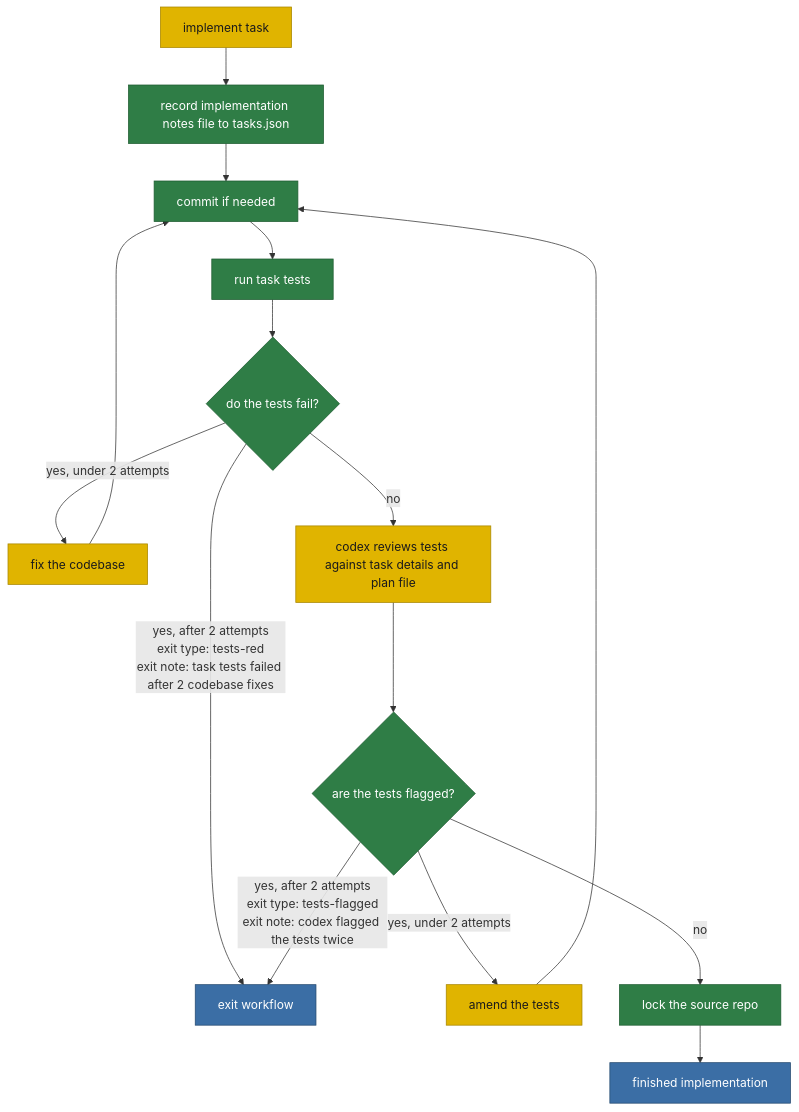
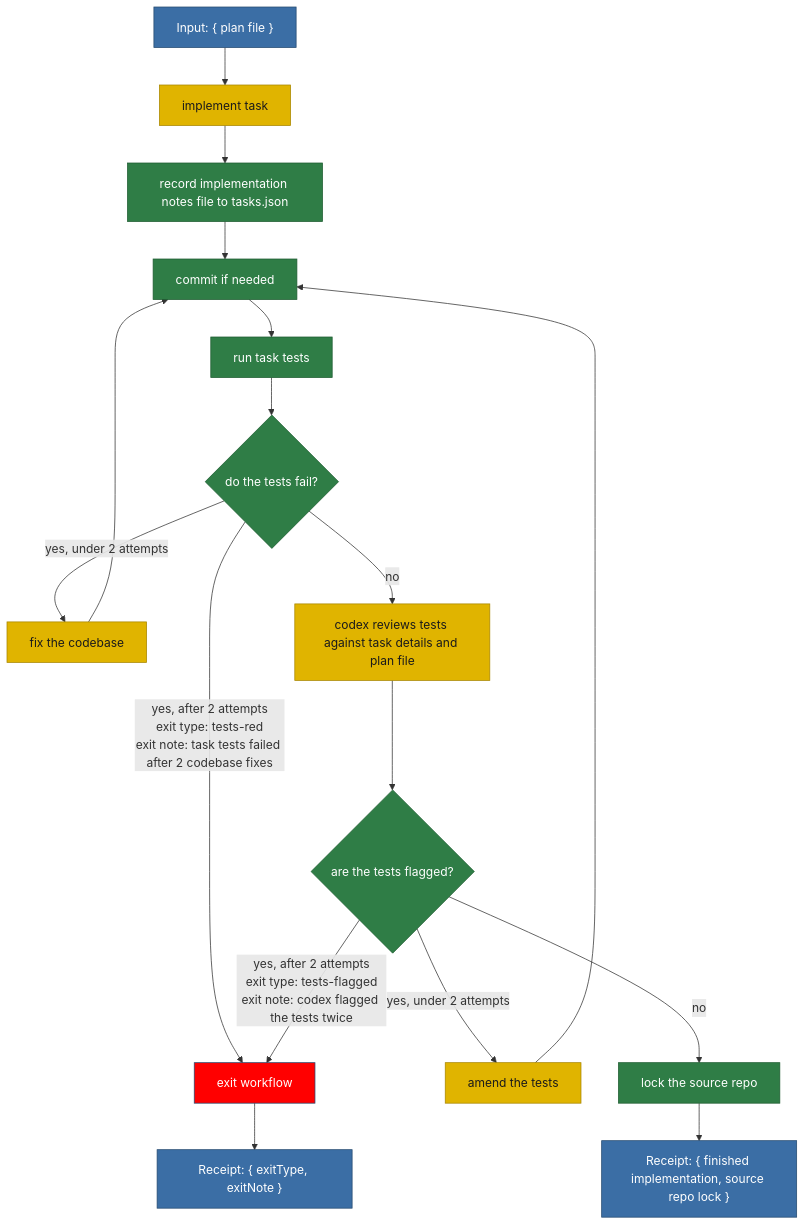
Before and after one commit to matkatmusic/taskTools: the diagram in plans/diagram/pipeline-implementTest.mmd, drawn with Mermaid. The commit also changed 7 other files, not shown here.

```diff
--- a/plans/diagram/pipeline-implementTest.mmd
+++ b/plans/diagram/pipeline-implementTest.mmd
@@ -1,77 +1,80 @@
 flowchart TB
 %% IMPLEMENT AND TEST PIPELINE. Split from pipeline.mmd.
 %% Input: the plan file from the planning pipeline.
 %% Starts at "implement task".
 %% Ends by locking the source repo and handing a finished implementation to the
 %% rebase and merge pipeline, or with an exit.
 %% Rules that apply everywhere, not steps:
 %%   1. Every git interaction goes through a script. Never prose.
 %%   2. Every read and write of tasks.json is atomic.
 %%   3. Never update a test that was not created in this task's worktree,
 %%      unless that test is broken or asserts nothing.
 %%   4. "fix the codebase" edits source, not tests.
 %%   5. Never progress past a suite run until every test passes.
 %%   6. Every test loop runs commit the work -> test the work -> repair the work.
 %%      A repair is never tested until it is committed, so each loop re-enters at
 %%      its "commit if needed" box, never at the test box.
 %%   7. "commit if needed" commits nothing when the worktree is clean. Its message
 %%      is derived, not chosen: the run's first commit is the work, and every
 %%      commit after it is a repair to code that made tests fail.
 %%   8. Every box that touches the working tree operates on every repository
 %%      layer, deepest submodule first, root last: commit and run tests both walk
 %%      the same occurrence tree. Boxes that only read or write tasks.json do not.
 %%   9. A script that fails operationally, as opposed to returning a verdict,
 %%      exits the run as run-failed. No step is retried after it has mutated
 %%      anything. The task is already active and a worktree already exists here,
 %%      so the exit workflow always runs in full.
 %%  10. "lock the source repo" holds one lock on the source repository for the
 %%      whole tail of the run, across the rebase and merge pipeline and the exit
 %%      workflow. The lock is a durable file, acquired and released by different
 %%      processes, owned by "runId:taskNumber" - NOT by runId alone, because
 %%      every task workflow in one invocation shares a runId and would otherwise
 %%      read a sibling's lock as its own. Exactly one box releases it: "clean up"
 %%      on success, "release the worktree lease and the source lock if held" on
 %%      every exit. Both live in the exit workflow.
 %%  11. A mutating box whose result is lost is never blindly retried and never
 %%      assumed failed. Each one, including a test box that records its result,
 %%      has a read-only reconciliation check that reads the world and decides
 %%      whether it already happened. A safe idempotent rerun happens only after
 %%      reconciliation proves it did not complete. Only an ambiguous loss is
 %%      run-failed.
 %% Diamond definitions where the name alone is not enough:
 %%   do the task tests pass?           - the test run alone decides this; codex
 %%                                       judges the tests, the tests judge the work
 %% Exit types this pipeline can produce:
 %%   tests-red          - task tests still failing after 2 fix attempts
 %%   tests-flagged      - codex flagged the tests twice
 %%   run-failed         - a script failed operationally
 %% run-failed is deliberately not drawn as an edge. It can leave ANY green box,
 %% so drawing it would add one edge per box and hide the flow. Rule 9 is its
 %% specification: a non-zero exit from any script goes straight to the exit
 %% workflow with exit type run-failed and the script's stderr as the note.
 %% The committed, green implementation this pipeline emits is the input to the
 %% rebase and merge pipeline.
 
+  INPUT["Input: { plan file }"] --> A
   A["implement task"] --> NOTES["record implementation notes file to tasks.json"]
   NOTES --> CW["commit if needed"]
   CW --> TT["run task tests"]
   TT --> QTF{"do the tests fail?"}
   QTF -- "yes, under 2 attempts" --> FIXT["fix the codebase"]
   FIXT --> CW
   QTF -- "yes, after 2 attempts<br/>exit type: tests-red<br/>exit note: task tests failed after 2 codebase fixes" --> EXITWF
   QTF -- no --> RT["codex reviews tests against task details and plan file"]
   RT --> QCX{"are the tests flagged?"}
   QCX -- "yes, under 2 attempts" --> AMT["amend the tests"]
   AMT --> CW
   QCX -- "yes, after 2 attempts<br/>exit type: tests-flagged<br/>exit note: codex flagged the tests twice" --> EXITWF
   QCX -- no --> RB["lock the source repo"]
-  RB --> IMPL["finished implementation"]
+  RB --> RECEIPT["Receipt: { finished implementation, source repo lock }"]
 
-  EXITWF["exit workflow"]
+  EXITWF["exit workflow"] --> FAIL_RECEIPT["Receipt: { exitType, exitNote }"]
 
   classDef script fill:#2f7d46,stroke:#1e5c31,color:#ffffff
   classDef prose fill:#e0b400,stroke:#a88600,color:#1a1a1a
   classDef output fill:#3b6ea5,stroke:#254a70,color:#ffffff
+  classDef fail fill:red,stroke:#254a70,color:#ffffff
   class NOTES,CW,TT,QTF,QCX,RB script
   class A,RT,FIXT,AMT prose
-  class IMPL,EXITWF output
+  class EXITWF fail
+  class INPUT,RECEIPT,FAIL_RECEIPT output
```
